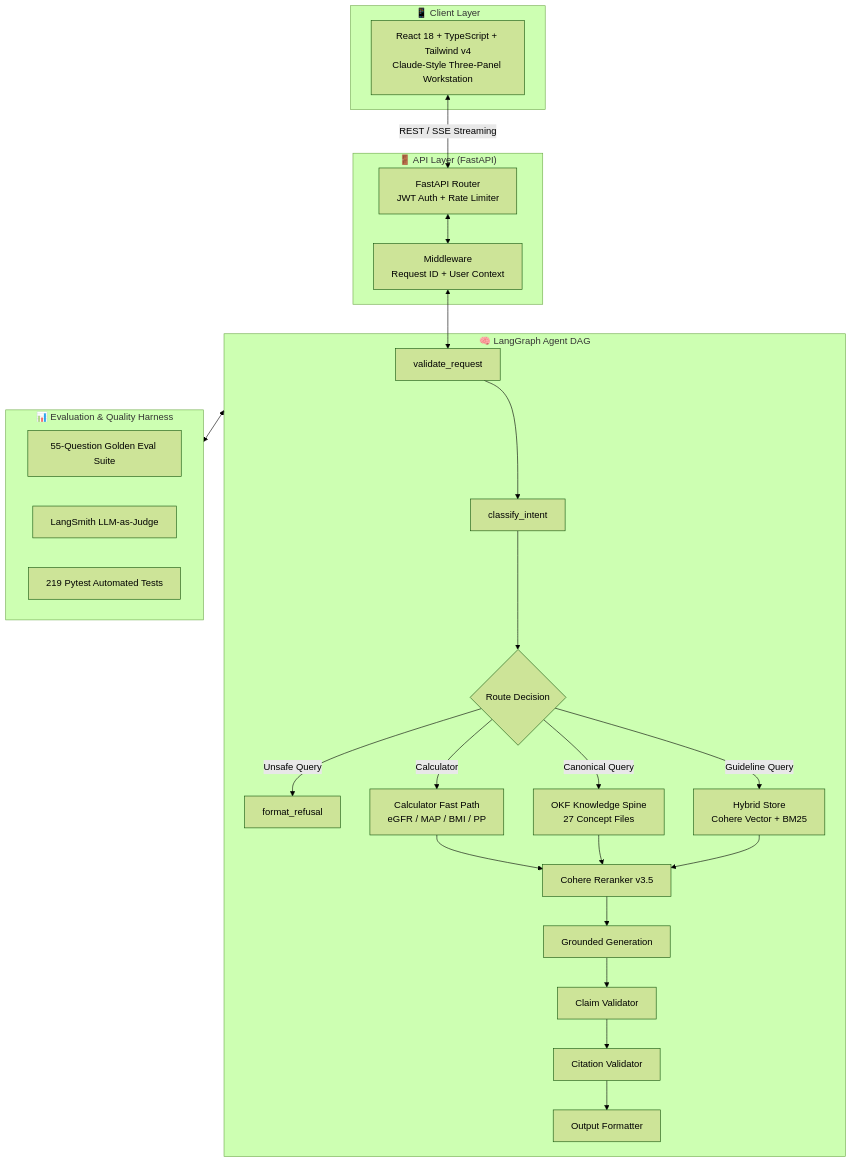
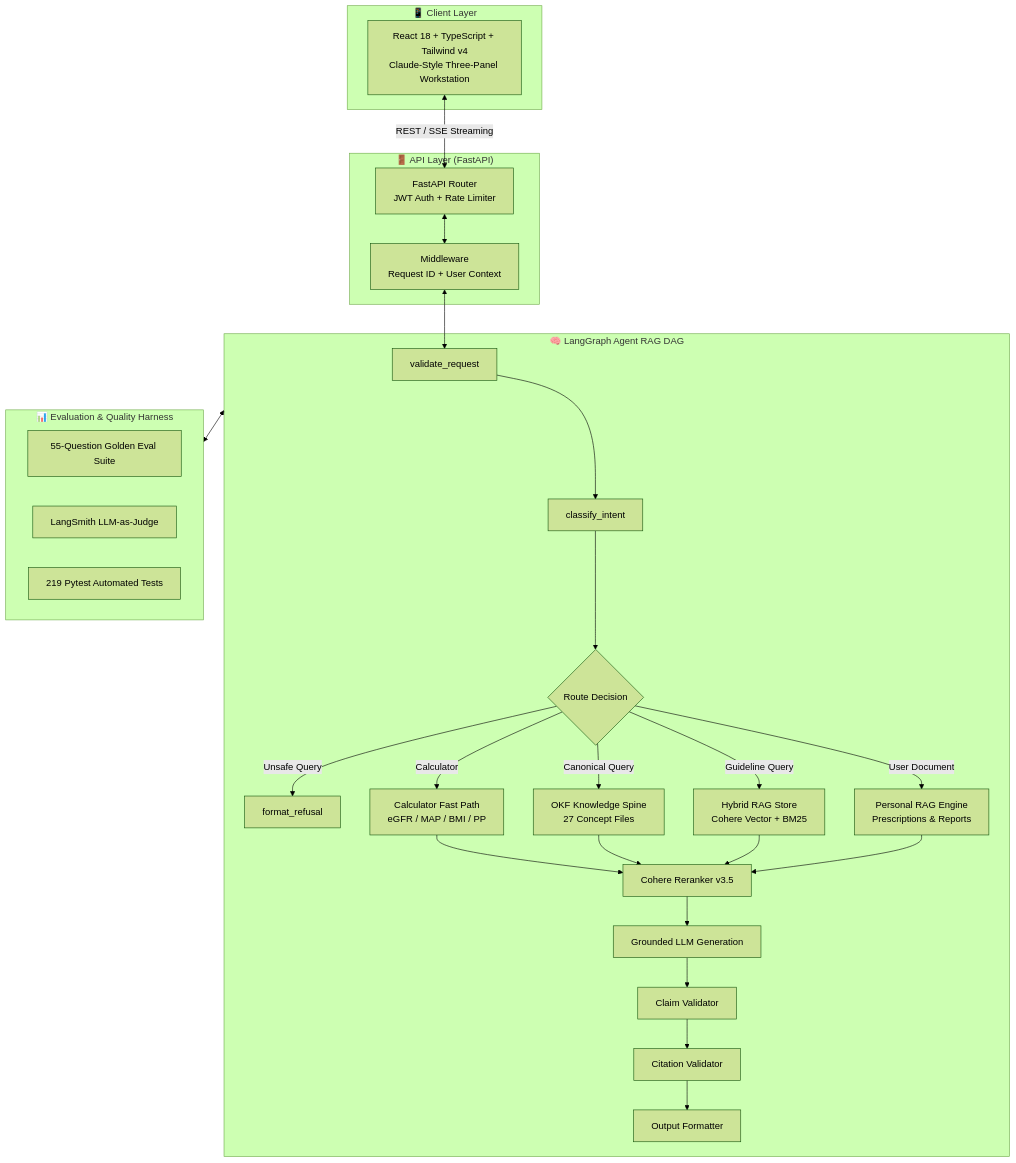
One commit to jeevesh2515/clinical-rag-agent changed the diagram in README.md. Above: the diagram before and after it, drawn with Mermaid (forest theme). The commit also changed other lines of this file, not shown here.

Commit message:
docs: include detailed RAG architecture breakdown and Personal Document RAG engine in README.md

````diff
--- a/README.md
+++ b/README.md
@@ -146,40 +153,42 @@
 ```mermaid
 flowchart TD
     subgraph Client["📱 Client Layer"]
         A[React 18 + TypeScript + Tailwind v4<br/>Claude-Style Three-Panel Workstation]
     end
 
     subgraph API["🚪 API Layer (FastAPI)"]
         B[FastAPI Router<br/>JWT Auth + Rate Limiter]
         C[Middleware<br/>Request ID + User Context]
     end
 
-    subgraph Agent["🧠 LangGraph Agent DAG"]
+    subgraph Agent["🧠 LangGraph Agent RAG DAG"]
         D[validate_request] --> E[classify_intent]
         E --> F{Route Decision}
         F -->|Unsafe Query| G[format_refusal]
         F -->|Calculator| H[Calculator Fast Path<br/>eGFR / MAP / BMI / PP]
         F -->|Canonical Query| I[OKF Knowledge Spine<br/>27 Concept Files]
-        F -->|Guideline Query| J[Hybrid Store<br/>Cohere Vector + BM25]
+        F -->|Guideline Query| J[Hybrid RAG Store<br/>Cohere Vector + BM25]
+        F -->|User Document| J2[Personal RAG Engine<br/>Prescriptions & Reports]
 
         H --> K[Cohere Reranker v3.5]
         I --> K
         J --> K
+        J2 --> K
 
-        K --> L[Grounded Generation]
+        K --> L[Grounded LLM Generation]
         L --> M[Claim Validator]
         M --> N[Citation Validator]
         N --> O[Output Formatter]
     end
 
     subgraph Evaluation["📊 Evaluation & Quality Harness"]
         P[55-Question Golden Eval Suite]
         Q[LangSmith LLM-as-Judge]
         R[219 Pytest Automated Tests]
     end
 
     A <-->|REST / SSE Streaming| B
     B <--> C
     C <--> D
     Agent <--> Evaluation
 ```
````
